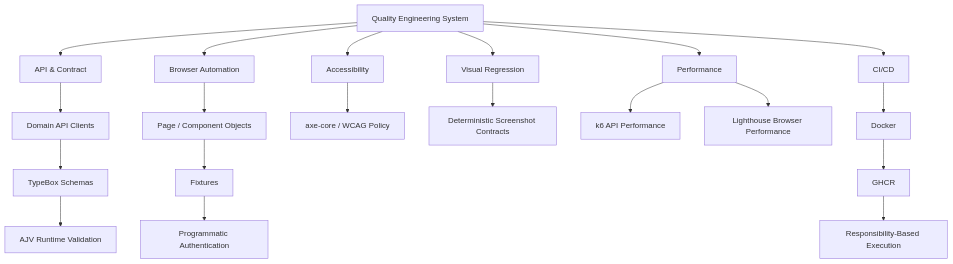
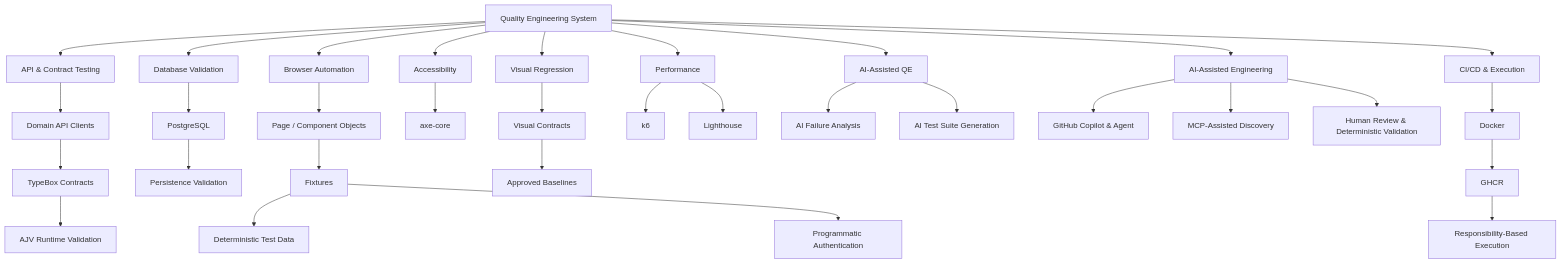
Before and after one commit to szabihudak/quality-engineering-showcase: the diagram in README.md, drawn with Mermaid.

Commit message:
Align README architecture diagram with framework architecture

````diff
--- a/README.md
+++ b/README.md
@@ -89,30 +89,45 @@
 ```mermaid
 flowchart TD
     QE[Quality Engineering System]
 
-    QE --> API[API & Contract]
+    QE --> API[API & Contract Testing]
+    QE --> DB[Database Validation]
     QE --> UI[Browser Automation]
     QE --> AX[Accessibility]
     QE --> VR[Visual Regression]
     QE --> PERF[Performance]
-    QE --> CICD[CI/CD]
+    QE --> AIQE[AI-Assisted QE]
+    QE --> AIENG[AI-Assisted Engineering]
+    QE --> CICD[CI/CD & Execution]
 
     API --> CLIENT[Domain API Clients]
-    CLIENT --> SCHEMA[TypeBox Schemas]
-    SCHEMA --> AJV[AJV Runtime Validation]
+    CLIENT --> CONTRACT[TypeBox Contracts]
+    CONTRACT --> AJV[AJV Runtime Validation]
 
-    UI --> PO[Page / Component Objects]
-    PO --> FIX[Fixtures]
+    DB --> PG[PostgreSQL]
+    PG --> PERSIST[Persistence Validation]
+
+    UI --> OBJECTS[Page / Component Objects]
+    OBJECTS --> FIX[Fixtures]
+    FIX --> DATA[Deterministic Test Data]
     FIX --> AUTH[Programmatic Authentication]
 
-    AX --> AXE[axe-core / WCAG Policy]
+    AX --> AXE[axe-core]
 
-    VR --> SNAP[Deterministic Screenshot Contracts]
+    VR --> SNAP[Visual Contracts]
+    SNAP --> BASE[Approved Baselines]
 
-    PERF --> K6[k6 API Performance]
-    PERF --> LH[Lighthouse Browser Performance]
+    PERF --> K6[k6]
+    PERF --> LH[Lighthouse]
+
+    AIQE --> AIFA[AI Failure Analysis]
+    AIQE --> AITS[AI Test Suite Generation]
+
+    AIENG --> COPILOT[GitHub Copilot & Agent]
+    AIENG --> MCP[MCP-Assisted Discovery]
+    AIENG --> HUMAN[Human Review & Deterministic Validation]
 
     CICD --> DOCKER[Docker]
     DOCKER --> GHCR[GHCR]
-    GHCR --> EXEC[Responsibility-Based Execution]
+    GHCR --> JOBS[Responsibility-Based Execution]
 ```
````
